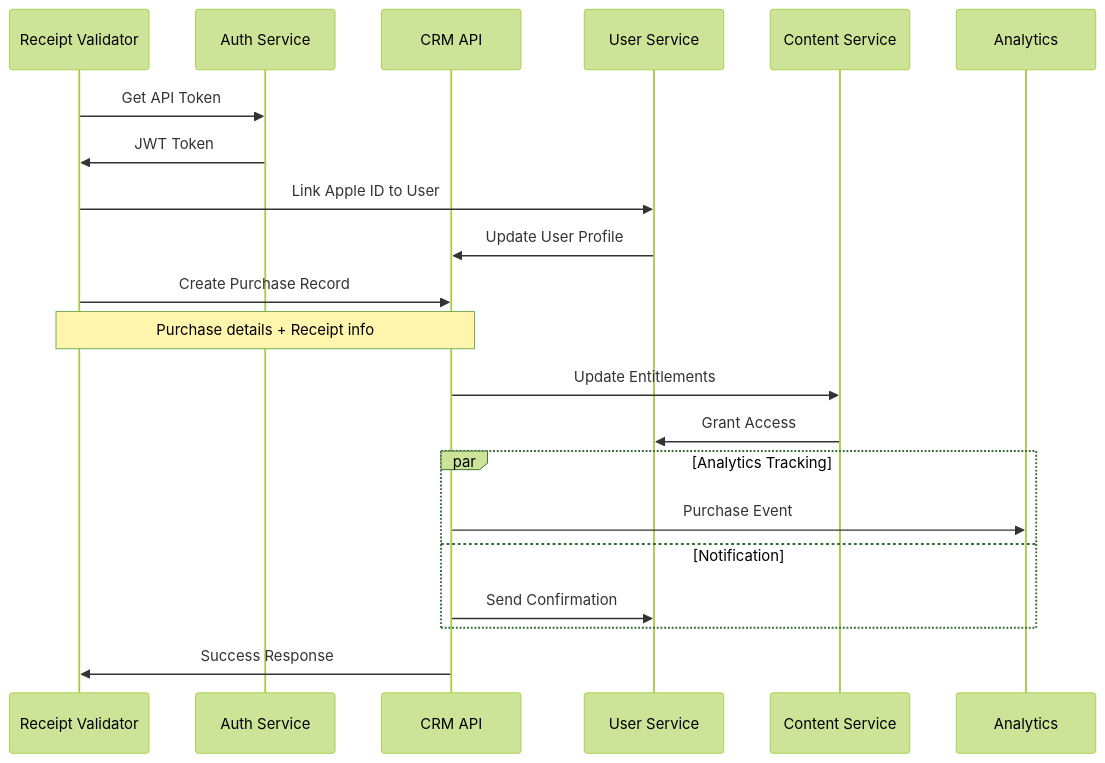
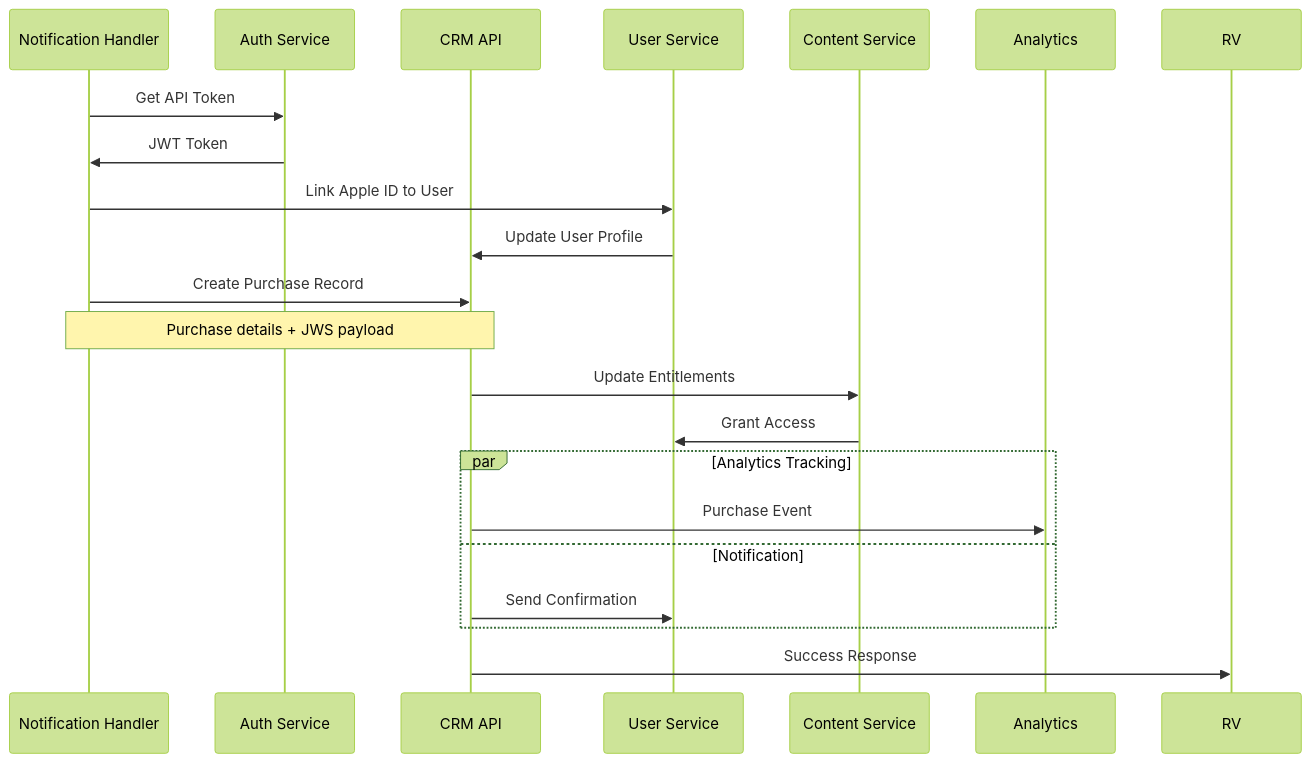
One commit to tnstoyanov/applePayInAppBt changed the sixth of 10 diagrams in architecture/flow-diagrams.md. Above: the diagram before and after it, drawn with Mermaid (forest theme). The commit also changed other lines of this file and 5 other files, not shown here.

First line of the commit message:
CRITICAL: Remove all deprecated verifyReceipt API references

````diff
--- a/architecture/flow-diagrams.md
+++ b/architecture/flow-diagrams.md
@@ -179,29 +179,29 @@
 ```mermaid
 sequenceDiagram
-    participant RV as Receipt Validator
+    participant NH as Notification Handler
     participant Auth as Auth Service
     participant CRM as CRM API
     participant User as User Service
     participant Content as Content Service
     participant Analytics as Analytics
     
-    RV->>Auth: Get API Token
-    Auth->>RV: JWT Token
+    NH->>Auth: Get API Token
+    Auth->>NH: JWT Token
     
-    RV->>User: Link Apple ID to User
+    NH->>User: Link Apple ID to User
     User->>CRM: Update User Profile
     
-    RV->>CRM: Create Purchase Record
-    Note over RV,CRM: Purchase details + Receipt info
+    NH->>CRM: Create Purchase Record
+    Note over NH,CRM: Purchase details + JWS payload
     
     CRM->>Content: Update Entitlements
     Content->>User: Grant Access
     
     par Analytics Tracking
         CRM->>Analytics: Purchase Event
     and Notification
         CRM->>User: Send Confirmation
     end
     
     CRM->>RV: Success Response
 ```
````
